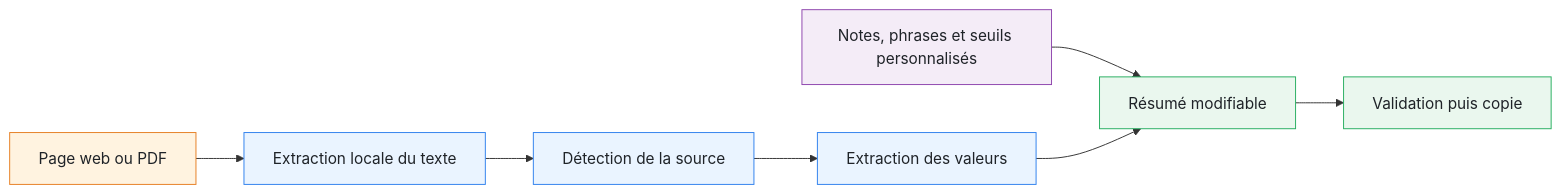
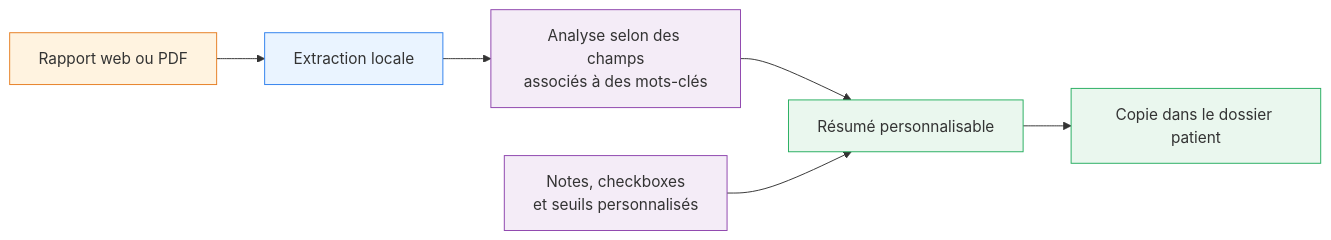
Before and after one commit to molipoli-blip/flashcpap: the diagram in README.md, drawn with Mermaid. The commit also changed other lines of this file, not shown here.

First line of the commit message:
Enhance README with flowchart and content updates

````diff
--- a/README.md
+++ b/README.md
@@ -288,19 +64,18 @@
 ```mermaid
 flowchart LR
-    A[Page web ou PDF] --> B[Extraction locale du texte]
-    B --> C[Détection de la source]
-    C --> D[Extraction des valeurs]
-    E[Notes, phrases et seuils personnalisés] --> F[Résumé modifiable]
-    D --> F
-    F --> G[Validation puis copie]
+    A[Rapport web ou PDF] --> B[Extraction locale]
+    B --> C[Analyse selon des champs<br/>associés à des mots-clés]
+    C --> D[Résumé personnalisable]
+    E[Notes, checkboxes<br/>et seuils personnalisés] --> D
+    D --> F[Copie dans le dossier patient]
 
-    classDef source fill:#FFF3E0,stroke:#E67E22,color:#1F2328
-    classDef process fill:#EAF4FF,stroke:#2F80ED,color:#1F2328
-    classDef custom fill:#F4ECF7,stroke:#8E44AD,color:#1F2328
-    classDef validation fill:#EAF7EE,stroke:#27AE60,color:#1F2328
+    classDef source fill:#FFF3E0,stroke:#E67E22
+    classDef process fill:#EAF4FF,stroke:#2F80ED
+    classDef custom fill:#F4ECF7,stroke:#8E44AD
+    classDef result fill:#EAF7EE,stroke:#27AE60
 
     class A source
-    class B,C,D process
-    class E custom
-    class F,G validation
+    class B process
+    class C,E custom
+    class D,F result
 ```
````
